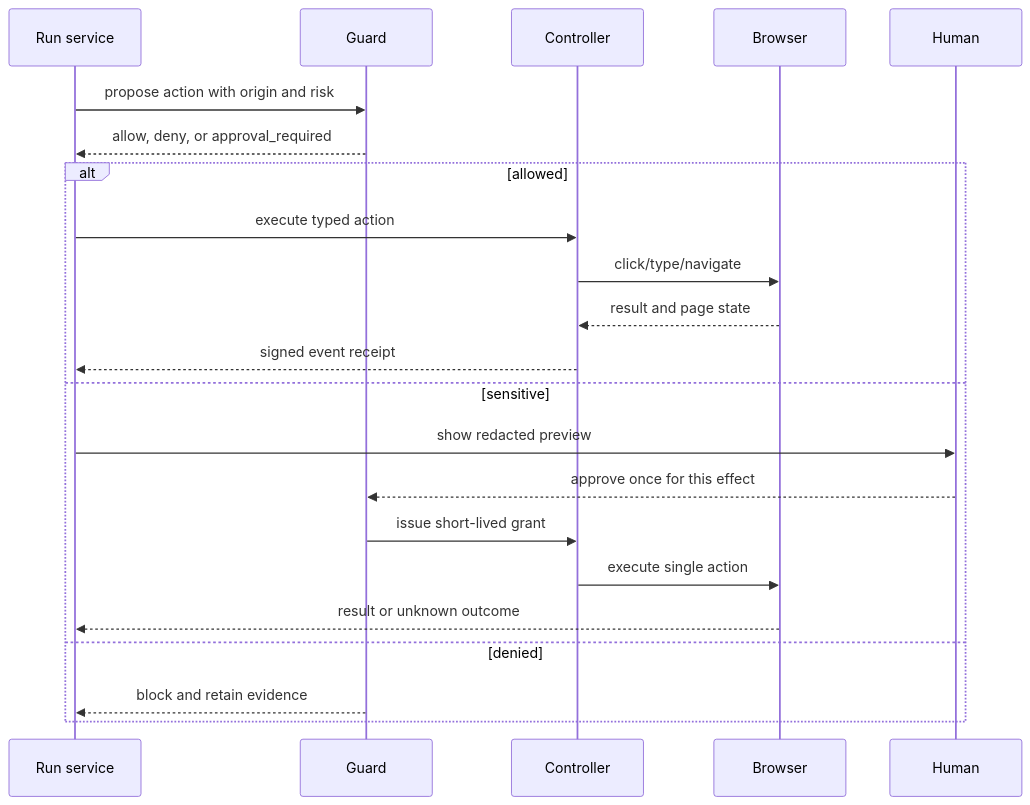
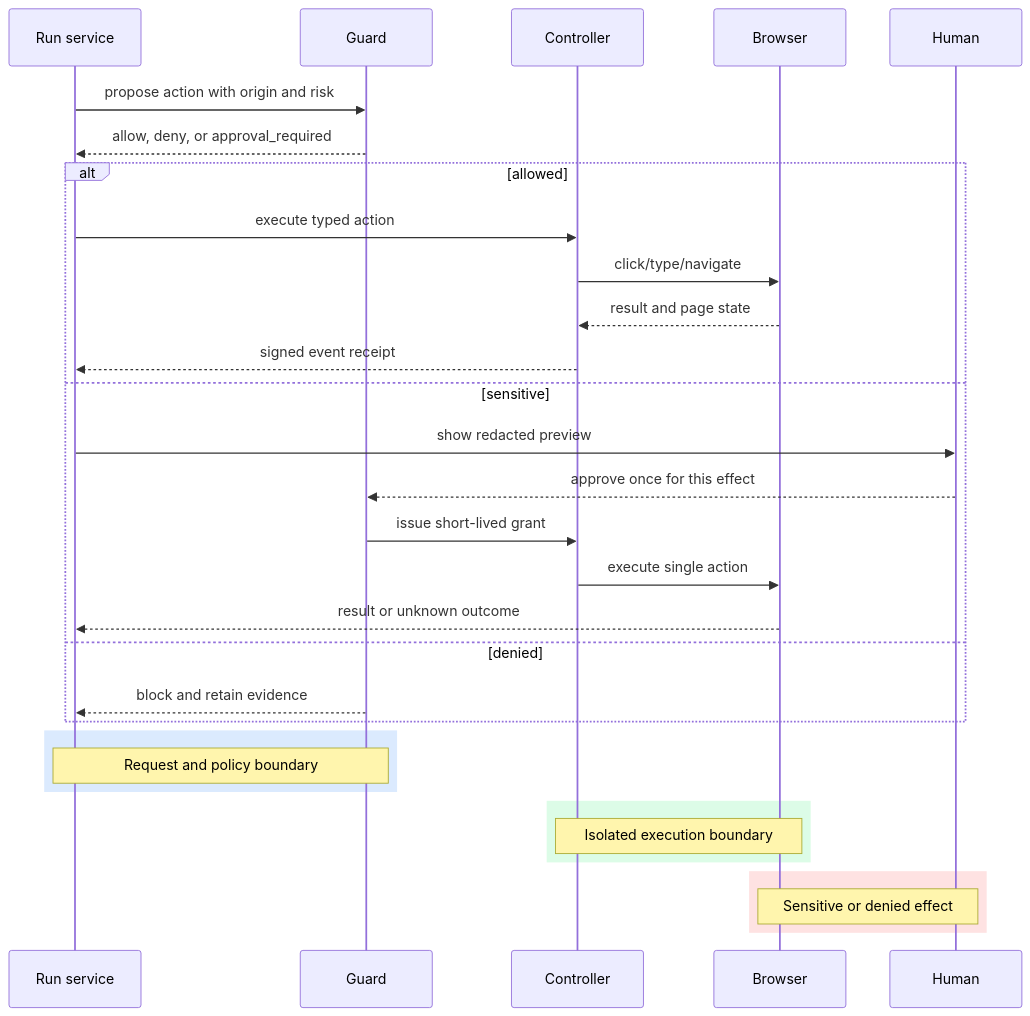
Before and after one commit to souradeepta/ai-monthly-concepts: the second of 2 diagrams in months/2026-07/13-browser-sandboxing.md, drawn with Mermaid. The commit also changed other lines of this file and 21 other files, not shown here.

````diff
--- a/months/2026-07/13-browser-sandboxing.md
+++ b/months/2026-07/13-browser-sandboxing.md
@@ -71,24 +75,33 @@
 ```mermaid
 sequenceDiagram
   participant R as Run service
   participant G as Guard
   participant C as Controller
   participant B as Browser
   participant H as Human
   R->>G: propose action with origin and risk
   G-->>R: allow, deny, or approval_required
   alt allowed
     R->>C: execute typed action
     C->>B: click/type/navigate
     B-->>C: result and page state
     C-->>R: signed event receipt
   else sensitive
     R->>H: show redacted preview
     H-->>G: approve once for this effect
     G->>C: issue short-lived grant
     C->>B: execute single action
     B-->>R: result or unknown outcome
   else denied
     G-->>R: block and retain evidence
   end
+  rect rgb(219, 234, 254)
+    Note over R,G: Request and policy boundary
+  end
+  rect rgb(220, 252, 231)
+    Note over C,B: Isolated execution boundary
+  end
+  rect rgb(254, 226, 226)
+    Note over B,H: Sensitive or denied effect
+  end
 ```
````
